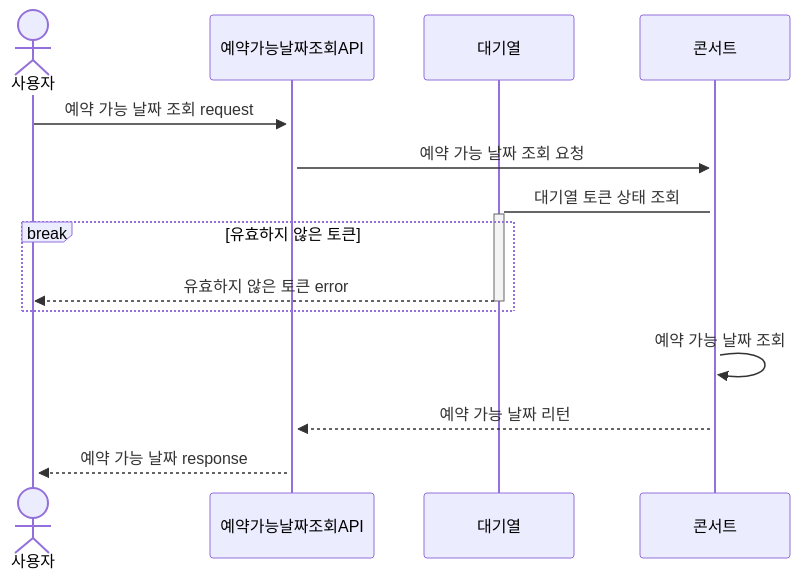
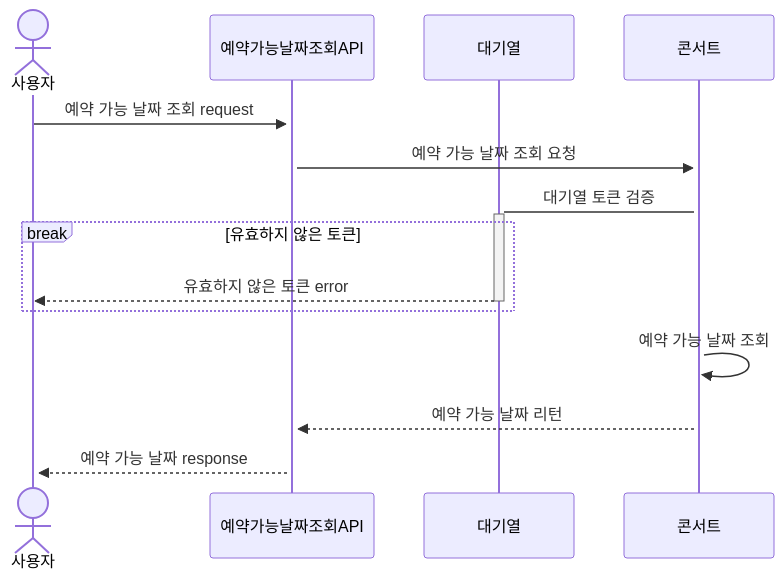
The second of 7 diagrams in doc/SEQUENCS.md (jangyoojeong/hhplus-ticketing-week03), drawn with Mermaid before and after one commit. The commit also changed other lines of this file, not shown here.

````diff
--- a/doc/SEQUENCS.md
+++ b/doc/SEQUENCS.md
@@ -26,17 +36,17 @@
 ```mermaid
 sequenceDiagram
     actor  사용자
     participant 예약가능날짜조회API
     participant 대기열
     participant 콘서트
 
     사용자->>+예약가능날짜조회API: 예약 가능 날짜 조회 request
     예약가능날짜조회API->>+콘서트: 예약 가능 날짜 조회 요청
-    콘서트->+대기열:대기열 토큰 상태 조회
+    콘서트->+대기열:대기열 토큰 검증
     break 유효하지 않은 토큰
         대기열-->>-사용자: 유효하지 않은 토큰 error
     end
     콘서트->>+콘서트: 예약 가능 날짜 조회
     콘서트-->>+예약가능날짜조회API:예약 가능 날짜 리턴
     예약가능날짜조회API-->>+사용자: 예약 가능 날짜 response
 ```
````
